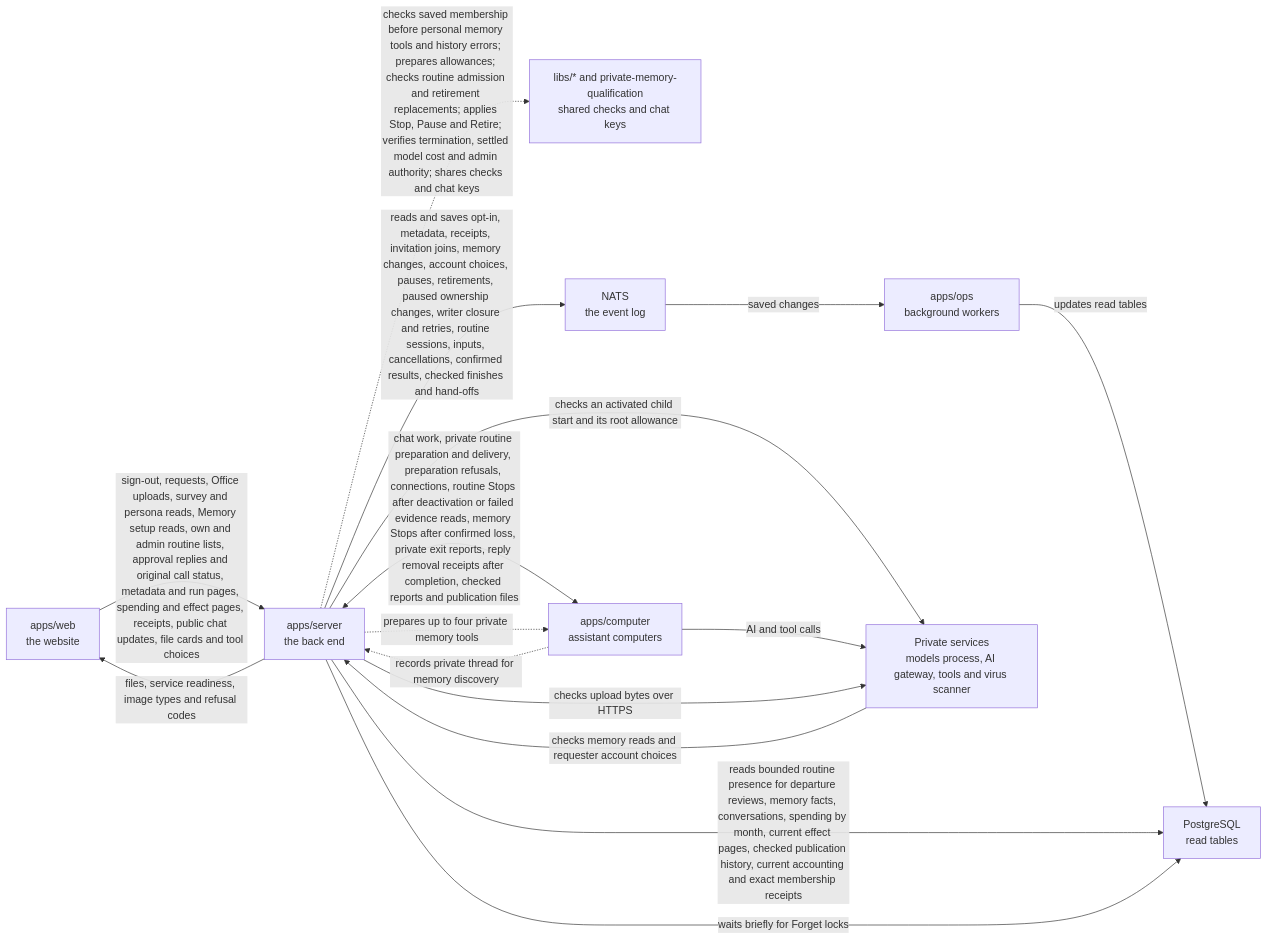
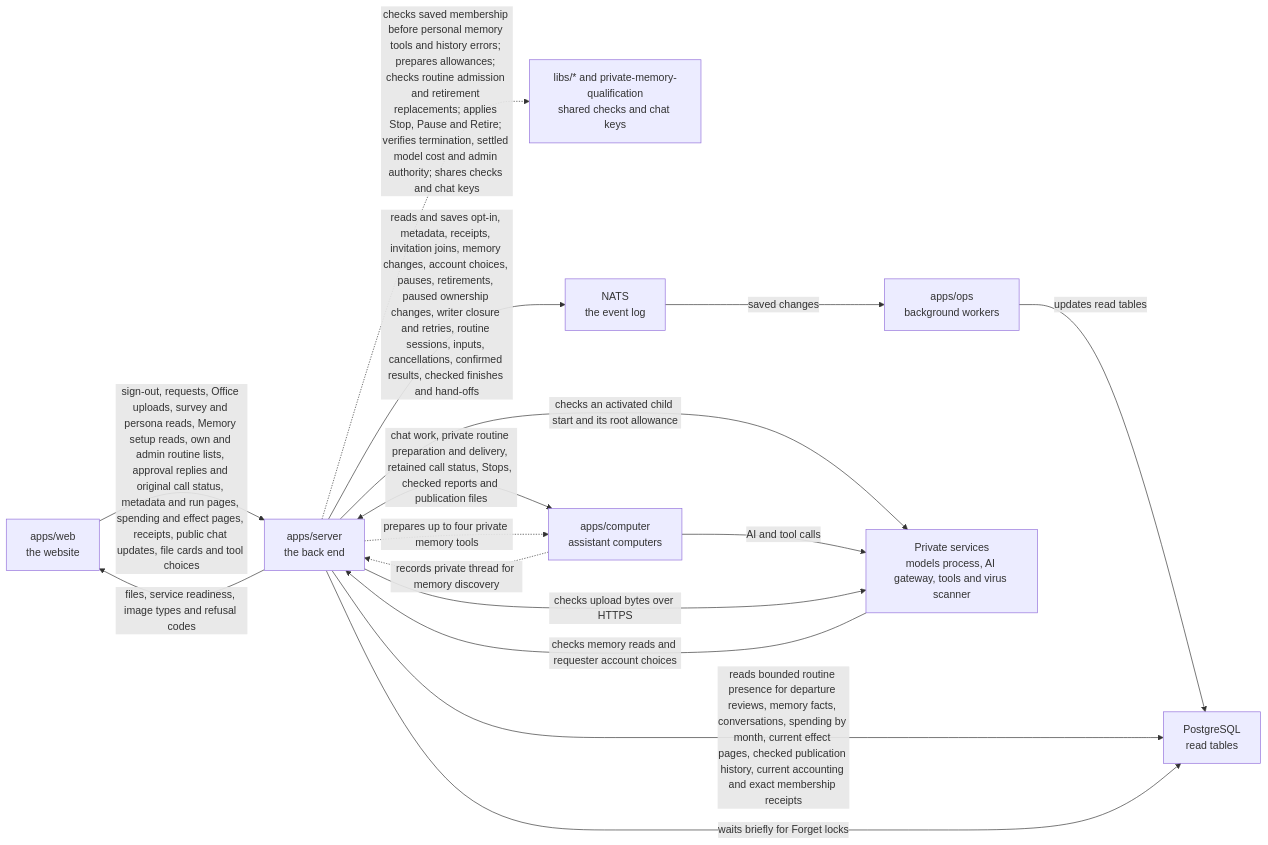
Before and after one commit to elewa-git/opencrane-new: the diagram in apps/server/README.md, drawn with Mermaid. The commit also changed other lines of this file and 25 other files, not shown here.

Commit message:
🔒 Keep original Ask call private for live status

````diff
--- a/apps/server/README.md
+++ b/apps/server/README.md
@@ -214,18 +215,18 @@
 ```mermaid
 flowchart LR
   web["apps/web<br/>the website"] -->|sign-out, requests, Office uploads, survey and persona reads, Memory setup reads, own and admin routine lists, approval replies and original call status, metadata and run pages, spending and effect pages, receipts, public chat updates, file cards and tool choices| server["apps/server<br/>the back end"]
   server -.->|checks saved membership before personal memory tools and history errors; prepares allowances; checks routine admission and retirement replacements; applies Stop, Pause and Retire; verifies termination, settled model cost and admin authority; shares checks and chat keys| libs["libs/* and private-memory-qualification<br/>shared checks and chat keys"]
   server -->|reads and saves opt-in, metadata, receipts, invitation joins, memory changes, account choices, pauses, retirements, paused ownership changes, writer closure and retries, routine sessions, inputs, cancellations, confirmed results, checked finishes and hand-offs| nats["NATS<br/>the event log"]
   nats -->|saved changes| ops["apps/ops<br/>background workers"]
   ops -->|updates read tables| postgres["PostgreSQL<br/>read tables"]
   server -->|reads bounded routine presence for departure reviews, memory facts, conversations, spending by month, current effect pages, checked publication history, current accounting and exact membership receipts| postgres
   server -->|waits briefly for Forget locks| postgres
-  server <-->|chat work, private routine preparation and delivery, preparation refusals, connections, routine Stops after deactivation or failed evidence reads, memory Stops after confirmed loss, private exit reports, reply removal receipts after completion, checked reports and publication files| computer["apps/computer<br/>assistant computers"]
+  server <-->|chat work, private routine preparation and delivery, retained call status, Stops, checked reports and publication files| computer["apps/computer<br/>assistant computers"]
   server -->|checks an activated child start and its root allowance| runtime
   computer -.->|records private thread for memory discovery| server
   server -.->|prepares up to four private memory tools| computer
   computer -->|AI and tool calls| runtime["Private services<br/>models process, AI gateway, tools and virus scanner"]
   server -->|files, service readiness, image types and refusal codes| web
   server -->|checks upload bytes over HTTPS| runtime
   runtime -->|checks memory reads and requester account choices| server
 ```
````
